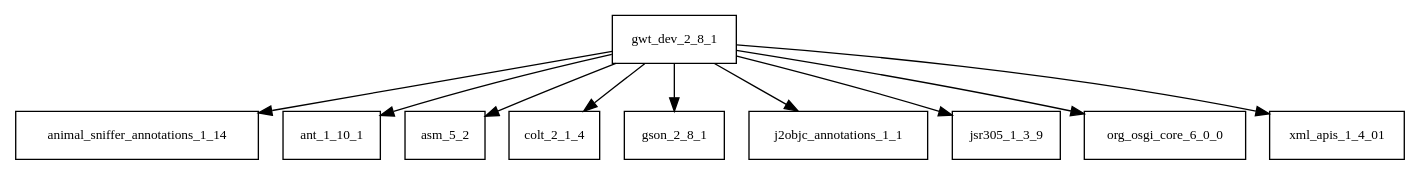
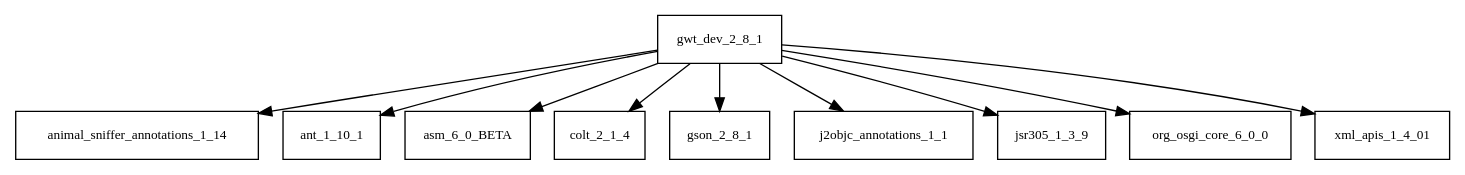
The diagram in tattleTaleReport/graphviz/gwt-dev-2.8.1.jar/gwt-dev-2.8.1.jar.dot (AglaianWoman/cia), drawn with Graphviz before and after one commit. The commit also changed 2149 other files, not shown here.

```diff
--- a/tattleTaleReport/graphviz/gwt-dev-2.8.1.jar/gwt-dev-2.8.1.jar.dot
+++ b/tattleTaleReport/graphviz/gwt-dev-2.8.1.jar/gwt-dev-2.8.1.jar.dot
@@ -1,12 +1,12 @@
 digraph gwt_dev_2_8_1_dependencies {
   node [shape = box, fontsize=10.0];
   gwt_dev_2_8_1 -> animal_sniffer_annotations_1_14;
   gwt_dev_2_8_1 -> ant_1_10_1;
-  gwt_dev_2_8_1 -> asm_5_2;
+  gwt_dev_2_8_1 -> asm_6_0_BETA;
   gwt_dev_2_8_1 -> colt_2_1_4;
   gwt_dev_2_8_1 -> gson_2_8_1;
   gwt_dev_2_8_1 -> j2objc_annotations_1_1;
   gwt_dev_2_8_1 -> jsr305_1_3_9;
   gwt_dev_2_8_1 -> org_osgi_core_6_0_0;
   gwt_dev_2_8_1 -> xml_apis_1_4_01;
 }
```
